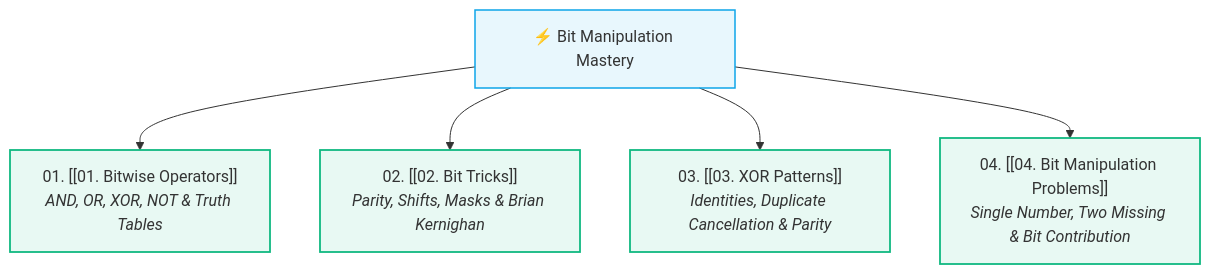
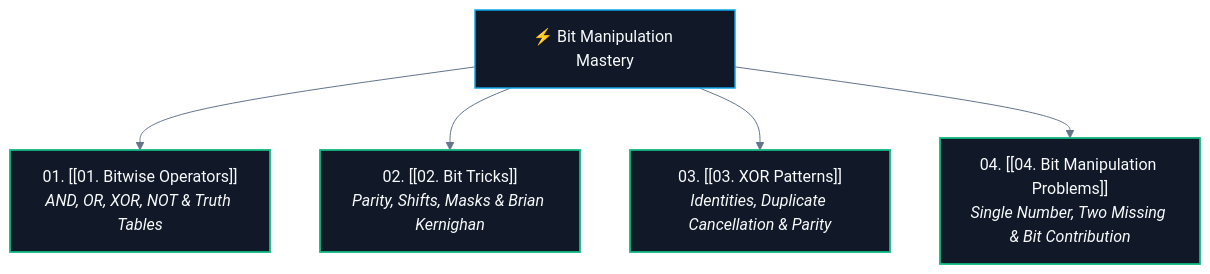
Before and after one commit to abhinavbharti2345/CS_Notes: the diagram in CS/DSA/04. Bit Manipulation/Bit Manipulation.md, drawn with Mermaid. The commit also changed other lines of this file and 195 other files, not shown here.

````diff
--- a/CS/DSA/04. Bit Manipulation/Bit Manipulation.md
+++ b/CS/DSA/04. Bit Manipulation/Bit Manipulation.md
@@ -22,13 +22,14 @@
 ```mermaid
+%%{init: {'theme': 'base', 'themeVariables': { 'darkMode': true, 'background': '#0B0F14', 'mainBkg': '#111827', 'primaryColor': '#111827', 'primaryTextColor': '#F8FAFC', 'primaryBorderColor': '#38BDF8', 'lineColor': '#64748B', 'secondaryColor': '#0B0F14', 'tertiaryColor': '#0B0F14', 'clusterBkg': '#0B0F14', 'clusterBorder': '#38BDF8' }}}%%
 flowchart TD
     BM["⚡ Bit Manipulation Mastery"]
     BM --> B1["01. [[01. Bitwise Operators]]<br/><i>AND, OR, XOR, NOT & Truth Tables</i>"]
     BM --> B2["02. [[02. Bit Tricks]]<br/><i>Parity, Shifts, Masks & Brian Kernighan</i>"]
     BM --> B3["03. [[03. XOR Patterns]]<br/><i>Identities, Duplicate Cancellation & Parity</i>"]
     BM --> B4["04. [[04. Bit Manipulation Problems]]<br/><i>Single Number, Two Missing & Bit Contribution</i>"]
 
-    classDef core fill:#0ea5e918,stroke:#0ea5e9,stroke-width:1.5px;
-    classDef step fill:#10b98118,stroke:#10b981,stroke-width:1.8px;
+    classDef core fill:#111827,stroke:#0ea5e9,stroke-width:1.5px,color:#F8FAFC;
+    classDef step fill:#111827,stroke:#10b981,stroke-width:1.8px,color:#F8FAFC;
     class BM core;
     class B1,B2,B3,B4 step;
 ```
````
